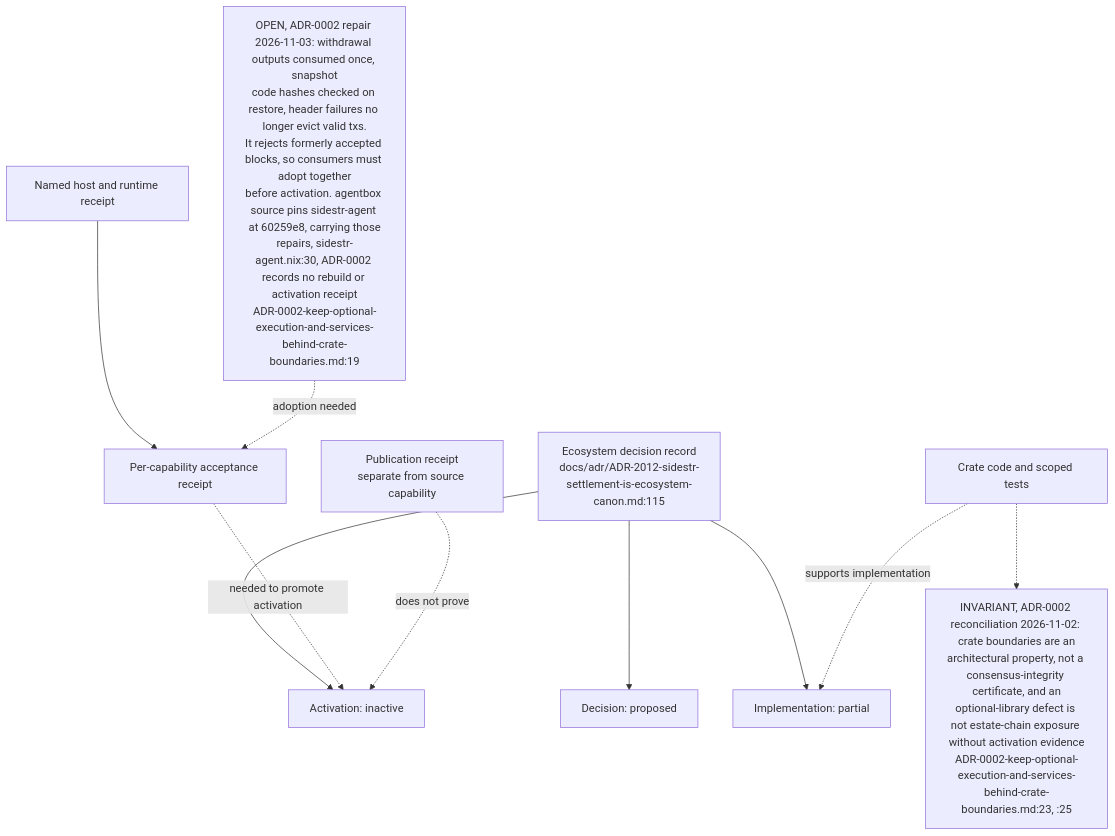
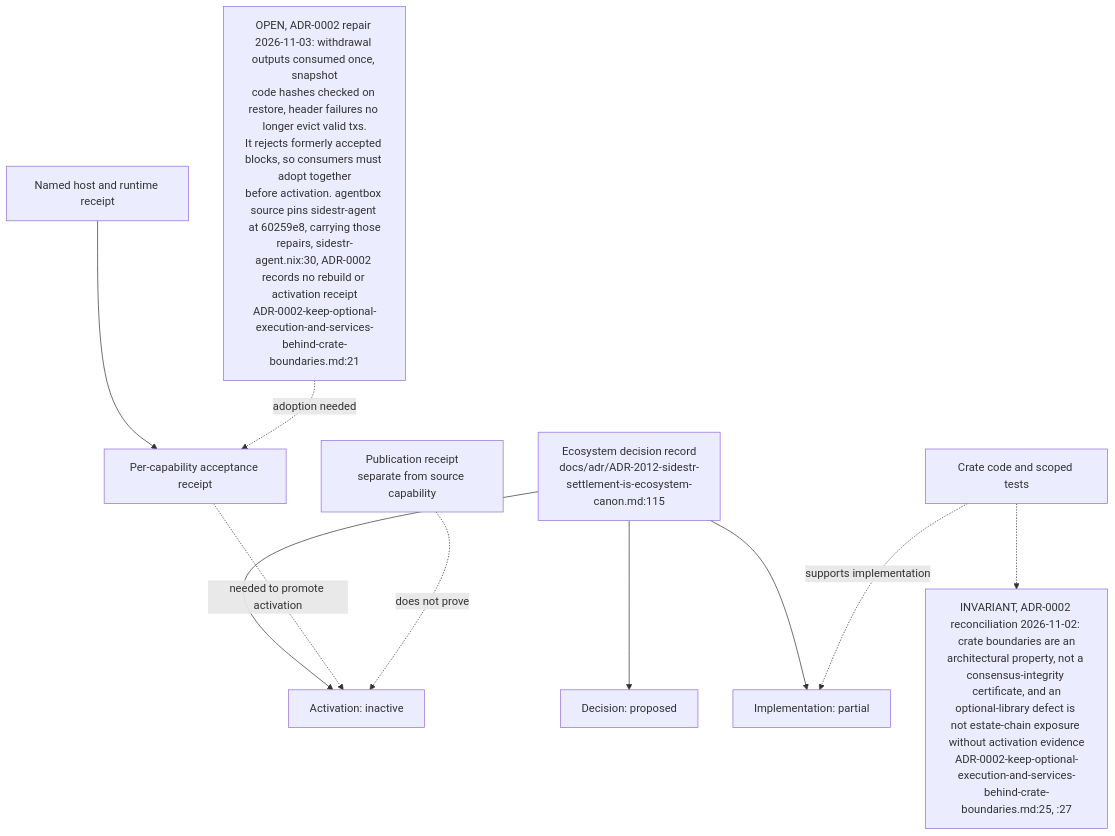
Before and after one commit to DreamLab-AI/VisionFlow: the third of 4 diagrams in docs/diagrams/sidestr-rs/01-workspace-oracles-and-live-boundary.md, drawn with Mermaid. The commit also changed other lines of this file and 4 other files, not shown here.

First line of the commit message:
diagrams(sidestr-rs): re-verify SR-01..05 at the pinned heads and add the teller

````diff
--- a/docs/diagrams/sidestr-rs/01-workspace-oracles-and-live-boundary.md
+++ b/docs/diagrams/sidestr-rs/01-workspace-oracles-and-live-boundary.md
@@ -107,17 +107,17 @@
 ```mermaid
 flowchart TB
     STATUS["Ecosystem decision record<br/>docs/adr/ADR-2012-sidestr-settlement-is-ecosystem-canon.md:115"]
     STATUS --> DEC["Decision: proposed"]
     STATUS --> IMP["Implementation: partial"]
     STATUS --> ACT["Activation: inactive"]
     SOURCE["Crate code and scoped tests"] -. "supports implementation" .-> IMP
     PUB["Publication receipt<br/>separate from source capability"]
     DEPLOY["Named host and runtime receipt"]
     LIFE["Per-capability acceptance receipt"] -. "needed to promote activation" .-> ACT
     PUB -. "does not prove" .-> ACT
     DEPLOY --> LIFE
-    BOUND["INVARIANT, ADR-0002 reconciliation 2026-11-02: crate boundaries are an<br/>architectural property, not a consensus-integrity certificate, and an<br/>optional-library defect is not estate-chain exposure without activation evidence<br/>ADR-0002-keep-optional-execution-and-services-behind-crate-boundaries.md:23, :25"]
-    REP["OPEN, ADR-0002 repair 2026-11-03: withdrawal outputs consumed once, snapshot<br/>code hashes checked on restore, header failures no longer evict valid txs.<br/>It rejects formerly accepted blocks, so consumers must adopt together<br/>before activation. agentbox source pins sidestr-agent at 60259e8, carrying those<br/>repairs, sidestr-agent.nix:30, ADR-0002 records no rebuild or activation receipt<br/>ADR-0002-keep-optional-execution-and-services-behind-crate-boundaries.md:19"]
+    BOUND["INVARIANT, ADR-0002 reconciliation 2026-11-02: crate boundaries are an<br/>architectural property, not a consensus-integrity certificate, and an<br/>optional-library defect is not estate-chain exposure without activation evidence<br/>ADR-0002-keep-optional-execution-and-services-behind-crate-boundaries.md:25, :27"]
+    REP["OPEN, ADR-0002 repair 2026-11-03: withdrawal outputs consumed once, snapshot<br/>code hashes checked on restore, header failures no longer evict valid txs.<br/>It rejects formerly accepted blocks, so consumers must adopt together<br/>before activation. agentbox source pins sidestr-agent at 60259e8, carrying those<br/>repairs, sidestr-agent.nix:30, ADR-0002 records no rebuild or activation receipt<br/>ADR-0002-keep-optional-execution-and-services-behind-crate-boundaries.md:21"]
     SOURCE -.-> BOUND
     REP -. "adoption needed" .-> LIFE
 ```
````
